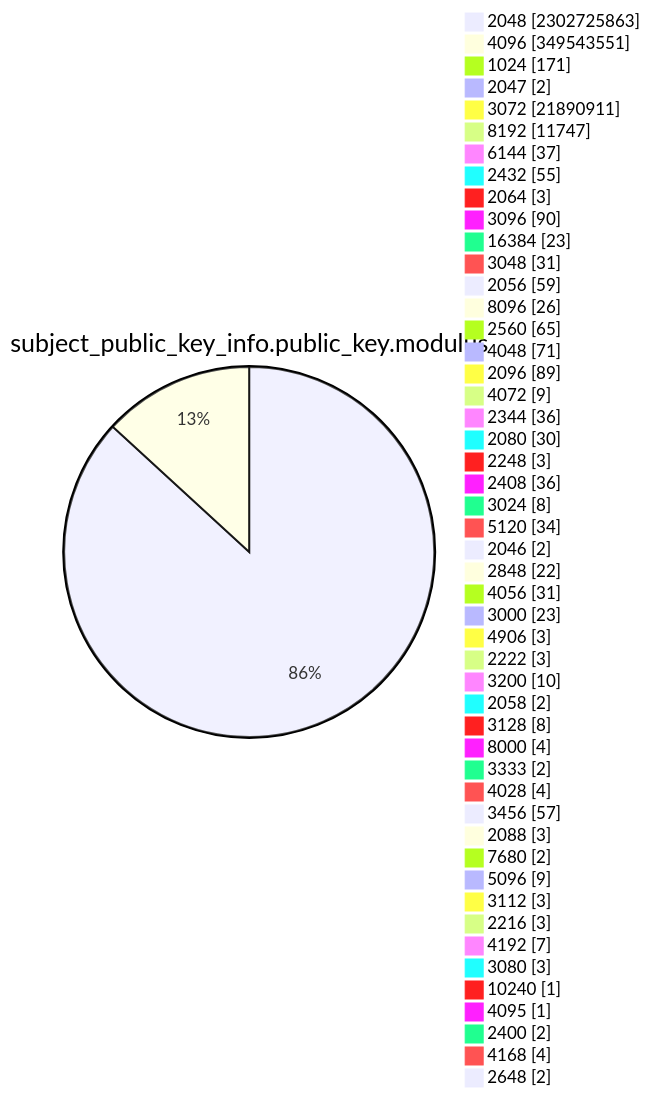
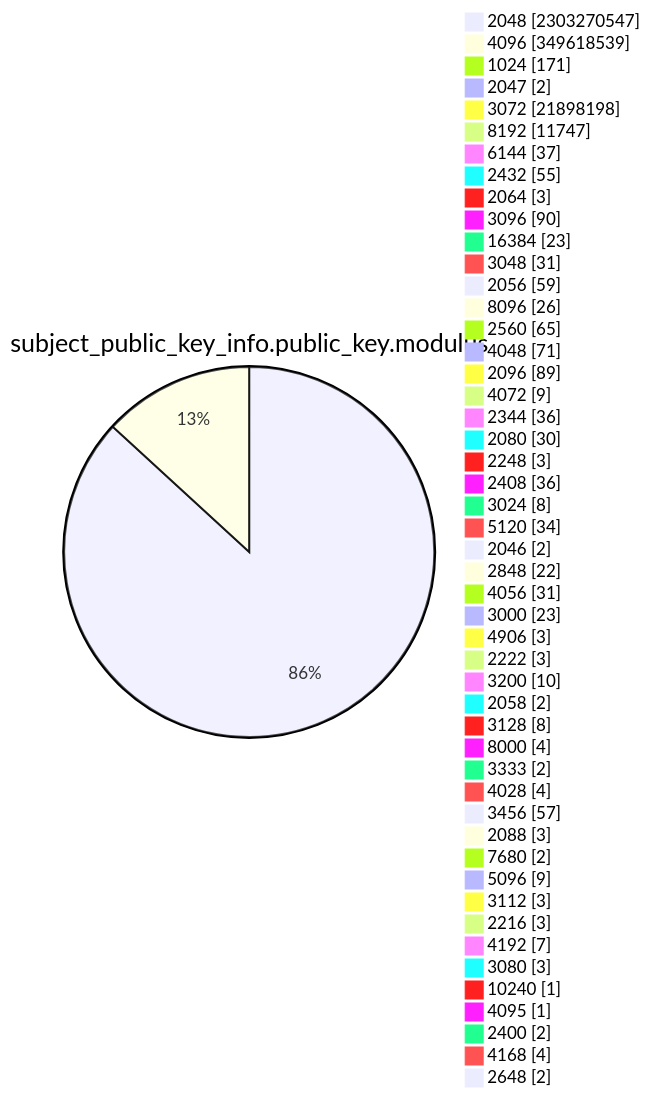
Diagram 13 of 15 in TOTAL/README.md (christiankrug/ctmonitor_visualization), drawn with Mermaid before and after one commit. The commit also changed other lines of this file, not shown here.

````diff
--- a/TOTAL/README.md
+++ b/TOTAL/README.md
@@ -4165,53 +4165,53 @@
 ```mermaid
 pie showData
 title subject_public_key_info.public_key.modulus
-"2048" :2302725863
-"4096" :349543551
+"2048" :2303270547
+"4096" :349618539
 "1024" :171
 "2047" :2
-"3072" :21890911
+"3072" :21898198
 "8192" :11747
 "6144" :37
 "2432" :55
 "2064" :3
 "3096" :90
 "16384" :23
 "3048" :31
 "2056" :59
 "8096" :26
 "2560" :65
 "4048" :71
 "2096" :89
 "4072" :9
 "2344" :36
 "2080" :30
 "2248" :3
 "2408" :36
 "3024" :8
 "5120" :34
 "2046" :2
 "2848" :22
 "4056" :31
 "3000" :23
 "4906" :3
 "2222" :3
 "3200" :10
 "2058" :2
 "3128" :8
 "8000" :4
 "3333" :2
 "4028" :4
 "3456" :57
 "2088" :3
 "7680" :2
 "5096" :9
 "3112" :3
 "2216" :3
 "4192" :7
 "3080" :3
 "10240" :1
 "4095" :1
 "2400" :2
 "4168" :4
 "2648" :2
 ```
````
